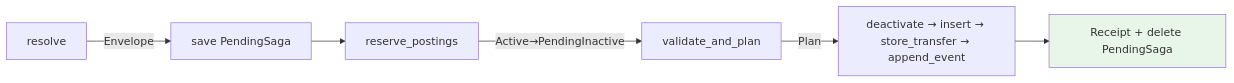
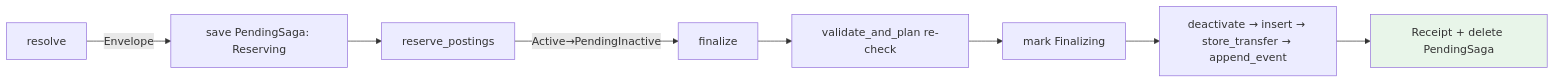
Before and after one commit to crodas/kuatia: the second of 4 diagrams in doc/crates.md, drawn with Mermaid. The commit also changed other lines of this file and 9 other files, not shown here.

````diff
--- a/doc/crates.md
+++ b/doc/crates.md
@@ -99,9 +99,11 @@
 ```mermaid
 graph LR
-    A[resolve] -->|Envelope| W[save PendingSaga]
+    A[resolve] -->|Envelope| W[save PendingSaga: Reserving]
     W --> B[reserve_postings]
-    B -->|Active→PendingInactive| C[validate_and_plan]
-    C -->|Plan| D[deactivate → insert → store_transfer → append_event]
+    B -->|Active→PendingInactive| F[finalize]
+    F --> V[validate_and_plan re-check]
+    V --> M[mark Finalizing]
+    M --> D[deactivate → insert → store_transfer → append_event]
     D --> E[Receipt + delete PendingSaga]
     style E fill:#e8f5e9
 ```
````
